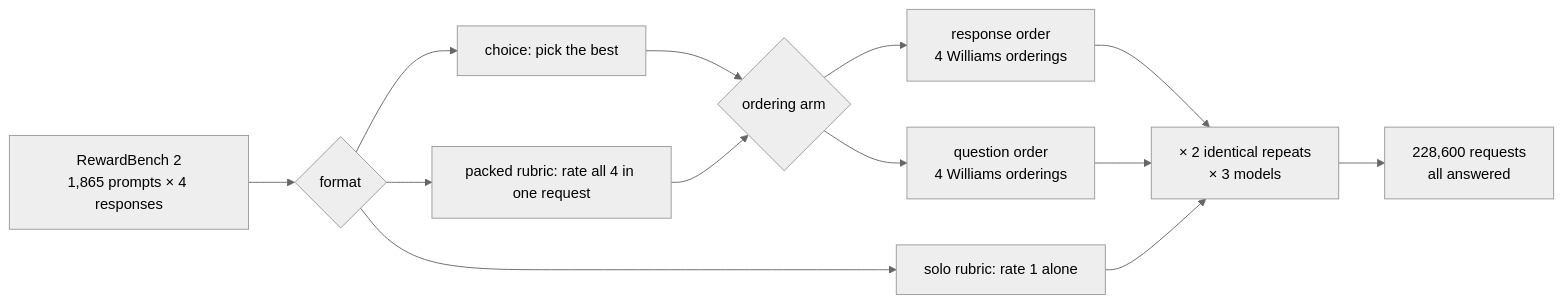
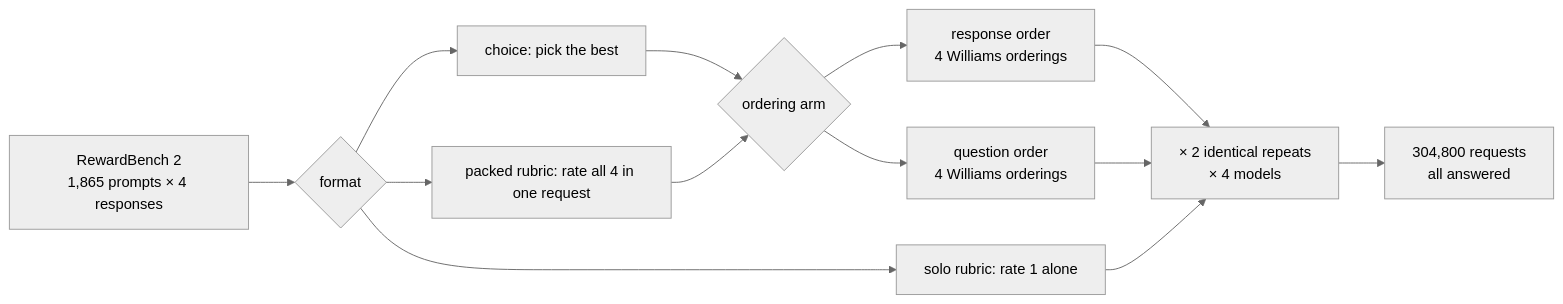
The first of 3 diagrams in results/analysis.md (dorkitude/order-blind-decisions), drawn with Mermaid (neutral theme) before and after one commit. The commit also changed other lines of this file and 16 other files, not shown here.

````diff
--- a/results/analysis.md
+++ b/results/analysis.md
@@ -24,15 +27,15 @@
 ```mermaid
 flowchart LR
     RB[RewardBench 2<br/>1,865 prompts × 4 responses] --> F{format}
     F --> C[choice: pick the best]
     F --> P[packed rubric: rate all 4 in one request]
     F --> S[solo rubric: rate 1 alone]
     C --> A{ordering arm}
     P --> A
     A --> H[response order<br/>4 Williams orderings]
     A --> Q[question order<br/>4 Williams orderings]
-    H --> X[× 2 identical repeats<br/>× 3 models]
+    H --> X[× 2 identical repeats<br/>× 4 models]
     Q --> X
     S --> X
-    X --> R[228,600 requests<br/>all answered]
+    X --> R[304,800 requests<br/>all answered]
 ```
````
